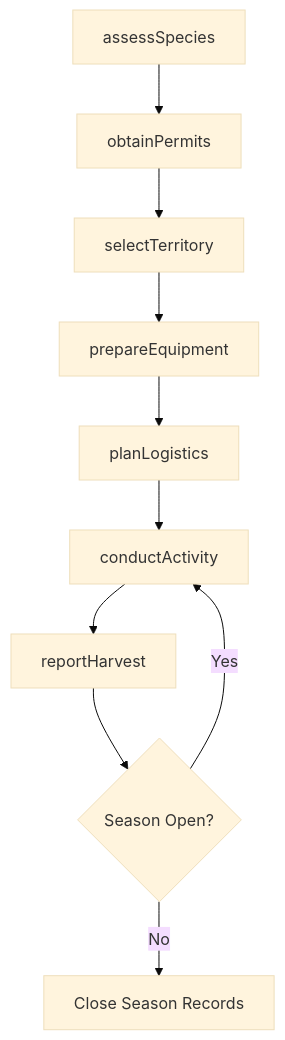
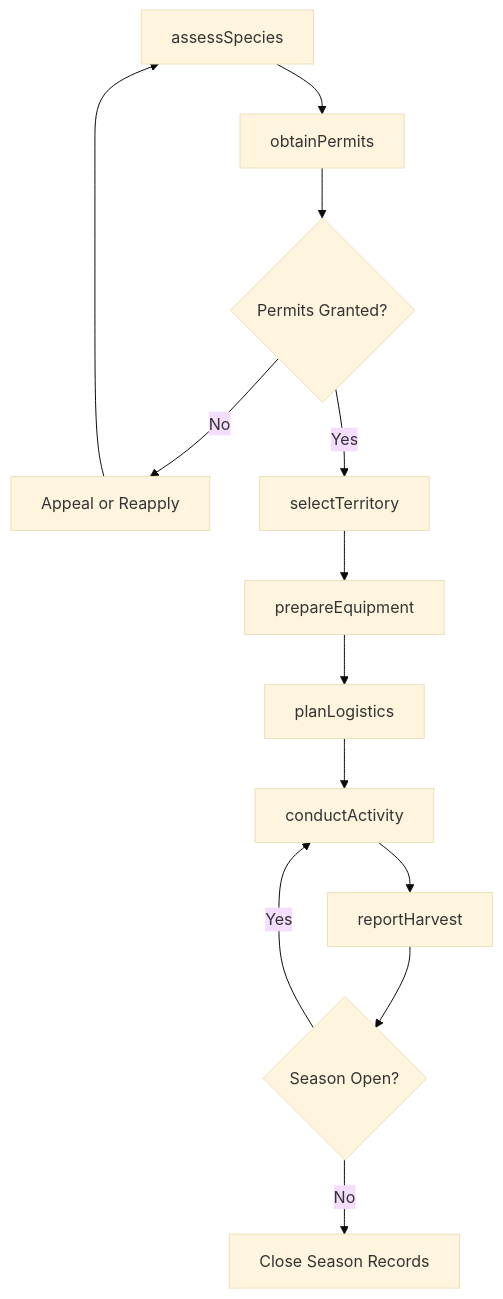
The third of 4 diagrams in OrganizingPlanningAndPrioritizingWork/PlanWorkActivities/PlanTrappingHuntingActivities.mdx (dot-org-ai/tasks.org.ai), drawn with Mermaid (base theme) before and after one commit. The commit also changed other lines of this file and 266 other files, not shown here.

First line of the commit message:
feat: Add ER diagrams, state diagrams to wave 2 batch (251 DWA files)

````diff
--- a/OrganizingPlanningAndPrioritizingWork/PlanWorkActivities/PlanTrappingHuntingActivities.mdx
+++ b/OrganizingPlanningAndPrioritizingWork/PlanWorkActivities/PlanTrappingHuntingActivities.mdx
@@ -86,12 +115,15 @@
 ```mermaid
 graph TD
     A[assessSpecies] --> B[obtainPermits]
-    B --> C[selectTerritory]
-    C --> D[prepareEquipment]
-    D --> E[planLogistics]
-    E --> F[conductActivity]
-    F --> G[reportHarvest]
-    G --> H{Season Open?}
-    H -->|Yes| F
-    H -->|No| I[Close Season Records]
+    B --> C{Permits Granted?}
+    C -->|No| D[Appeal or Reapply]
+    D --> A
+    C -->|Yes| E[selectTerritory]
+    E --> F[prepareEquipment]
+    F --> G[planLogistics]
+    G --> H[conductActivity]
+    H --> I[reportHarvest]
+    I --> J{Season Open?}
+    J -->|Yes| H
+    J -->|No| K[Close Season Records]
 ```
````
